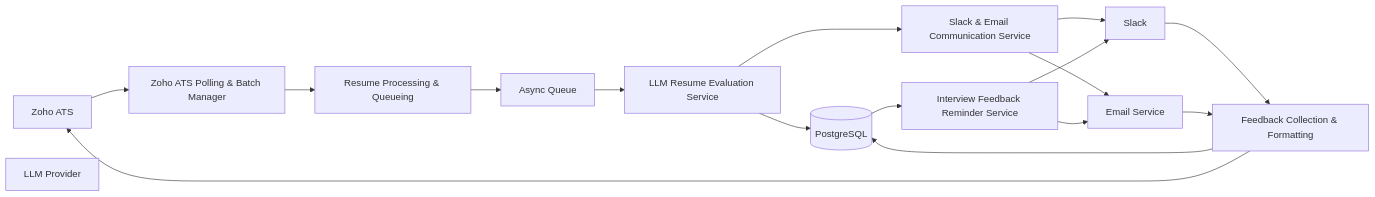
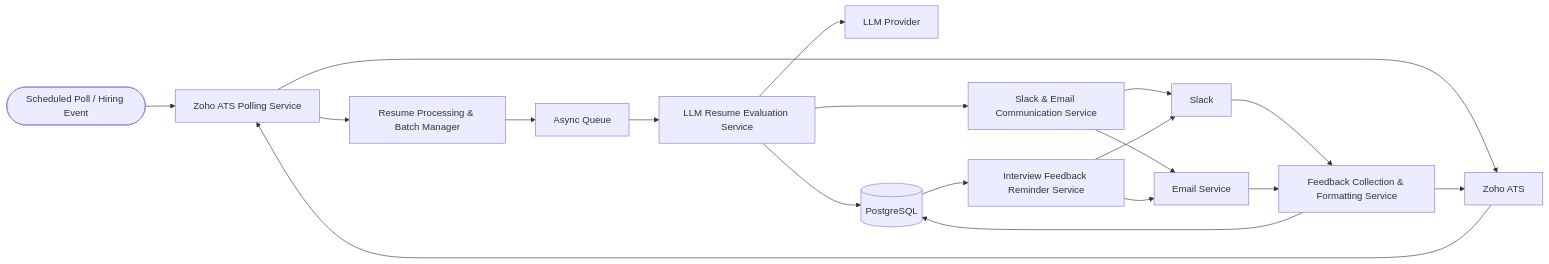
One commit to manav-gkmit/re-crude-docs changed the diagram in docs/architecture.md. Above: the diagram before and after it, drawn with Mermaid. The commit also changed other lines of this file, not shown here.

Commit message:
Add proper starting point in flowchart

````diff
--- a/docs/architecture.md
+++ b/docs/architecture.md
@@ -22,42 +25,49 @@
 ```mermaid
 flowchart LR
+    %% Start Trigger
+    Start([Scheduled Poll / Hiring Event])
+
     %% External Systems
     Zoho[Zoho ATS]
     Slack[Slack]
     Email[Email Service]
     LLM[LLM Provider]
 
     %% Core Services
-    Poller[Zoho ATS Polling & Batch Manager]
-    ResumeQ[Resume Processing & Queueing]
+    Poller[Zoho ATS Polling Service]
+    ResumeQ[Resume Processing & Batch Manager]
     Eval[LLM Resume Evaluation Service]
     Comm[Slack & Email Communication Service]
-    Feedback[Feedback Collection & Formatting]
+    Feedback[Feedback Collection & Formatting Service]
     Reminder[Interview Feedback Reminder Service]
 
     %% Infrastructure
     Queue[Async Queue]
     DB[(PostgreSQL)]
 
-    %% Flows
+    %% Primary Flow (Resume Evaluation)
+    Start --> Poller
+    Poller --> Zoho
     Zoho --> Poller
     Poller --> ResumeQ
     ResumeQ --> Queue
     Queue --> Eval
+    Eval --> LLM
     Eval --> DB
     Eval --> Comm
 
+    %% Communication Flow
     Comm --> Slack
     Comm --> Email
 
+    %% Feedback Flow
     Slack --> Feedback
     Email --> Feedback
-
     Feedback --> DB
     Feedback --> Zoho
 
+    %% Reminder Flow
+    DB --> Reminder
     Reminder --> Slack
     Reminder --> Email
-
-    DB --> Reminder
 ```
````
